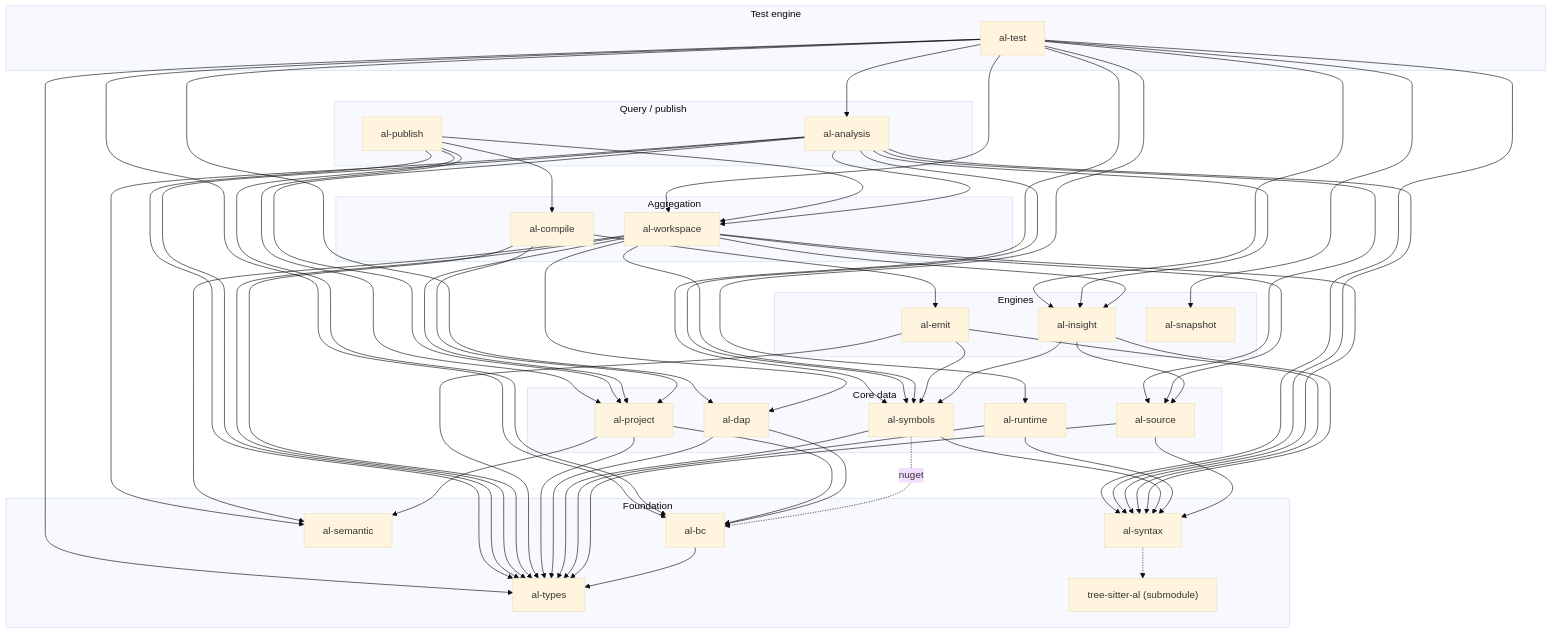
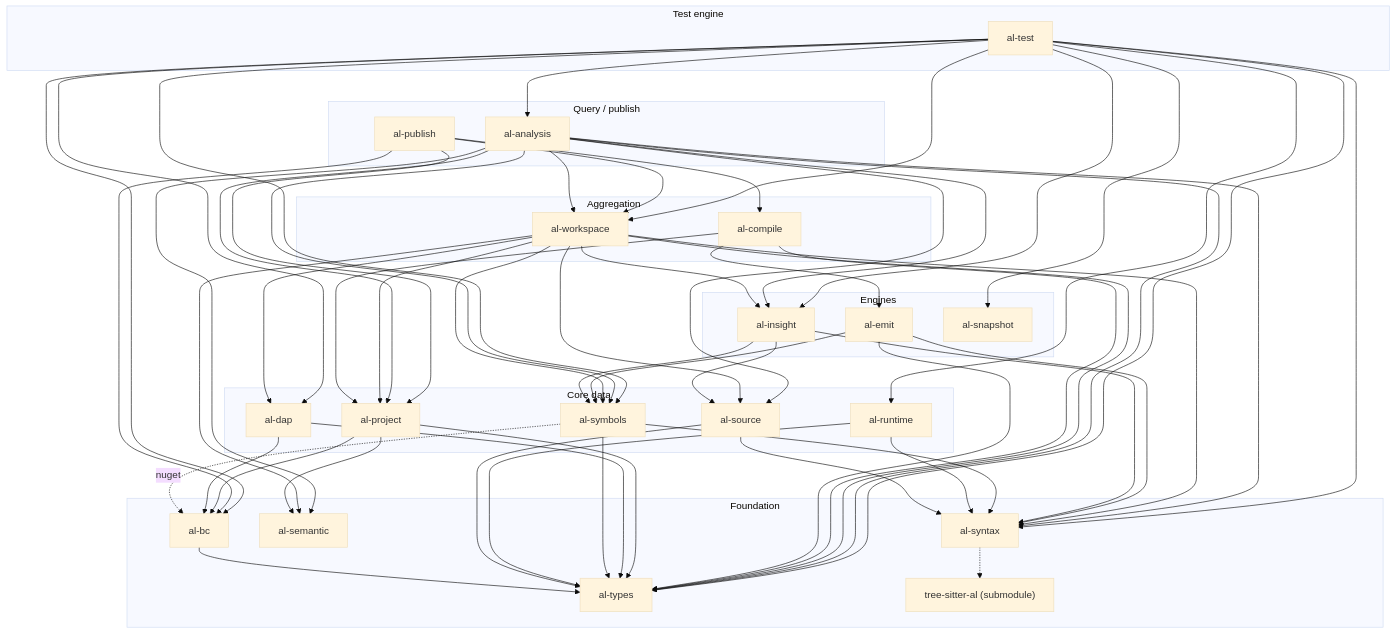
Before and after one commit to Brad-Fullwood/al.language.zed: the first of 3 diagrams in Docs/architecture.md, drawn with Mermaid (base theme).

Commit message:
docs(architecture): al-publish no longer depends on al-types
The unused dependency went in faf38d1a; the architecture diagram guard
test failed on the edge it still drew.

Claude-Session: https://claude.ai/code/session_01BeMdaWKoUL839Ekp8HGnSS

```diff
--- a/Docs/architecture.md
+++ b/Docs/architecture.md
@@ -99,7 +99,6 @@
   al_publish --> al_compile
   al_publish --> al_project
   al_publish --> al_workspace
-  al_publish --> al_types
 
   al_test --> al_types
   al_test --> al_syntax
```
